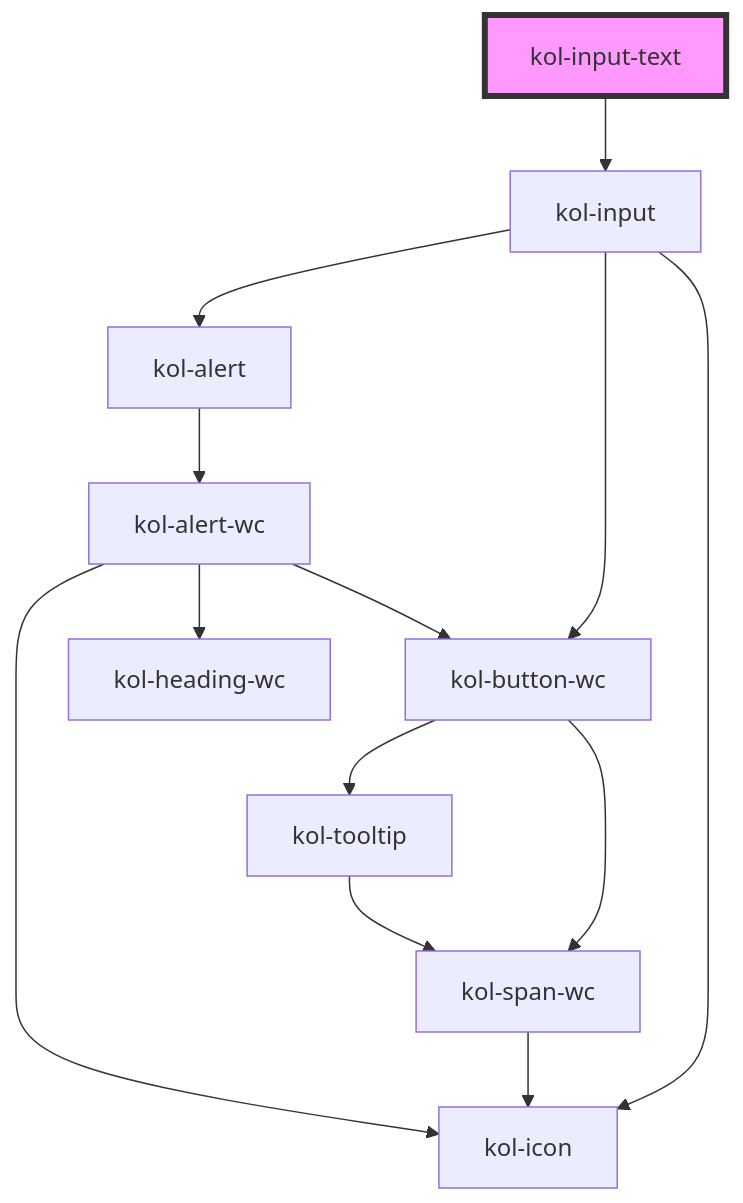
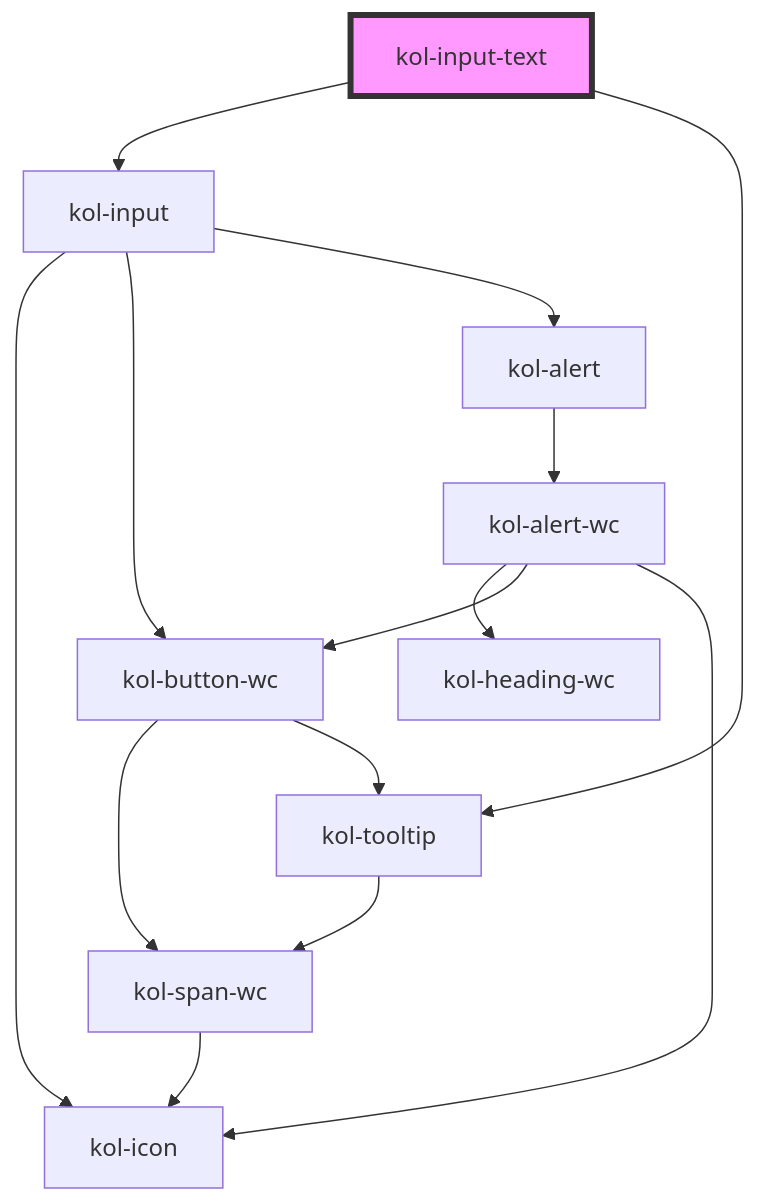
Before and after one commit to public-ui/kolibri: the diagram in packages/components/src/components/input-text/readme.md, drawn with Mermaid. The commit also changed other lines of this file and 96 other files, not shown here.

````diff
--- a/packages/components/src/components/input-text/readme.md
+++ b/packages/components/src/components/input-text/readme.md
@@ -101,16 +103,17 @@
 ```mermaid
 graph TD;
   kol-input-text --> kol-input
+  kol-input-text --> kol-tooltip
   kol-input --> kol-icon
   kol-input --> kol-button-wc
   kol-input --> kol-alert
   kol-button-wc --> kol-span-wc
   kol-button-wc --> kol-tooltip
   kol-span-wc --> kol-icon
   kol-tooltip --> kol-span-wc
   kol-alert --> kol-alert-wc
   kol-alert-wc --> kol-heading-wc
   kol-alert-wc --> kol-button-wc
   kol-alert-wc --> kol-icon
   style kol-input-text fill:#f9f,stroke:#333,stroke-width:4px
 ```
````
